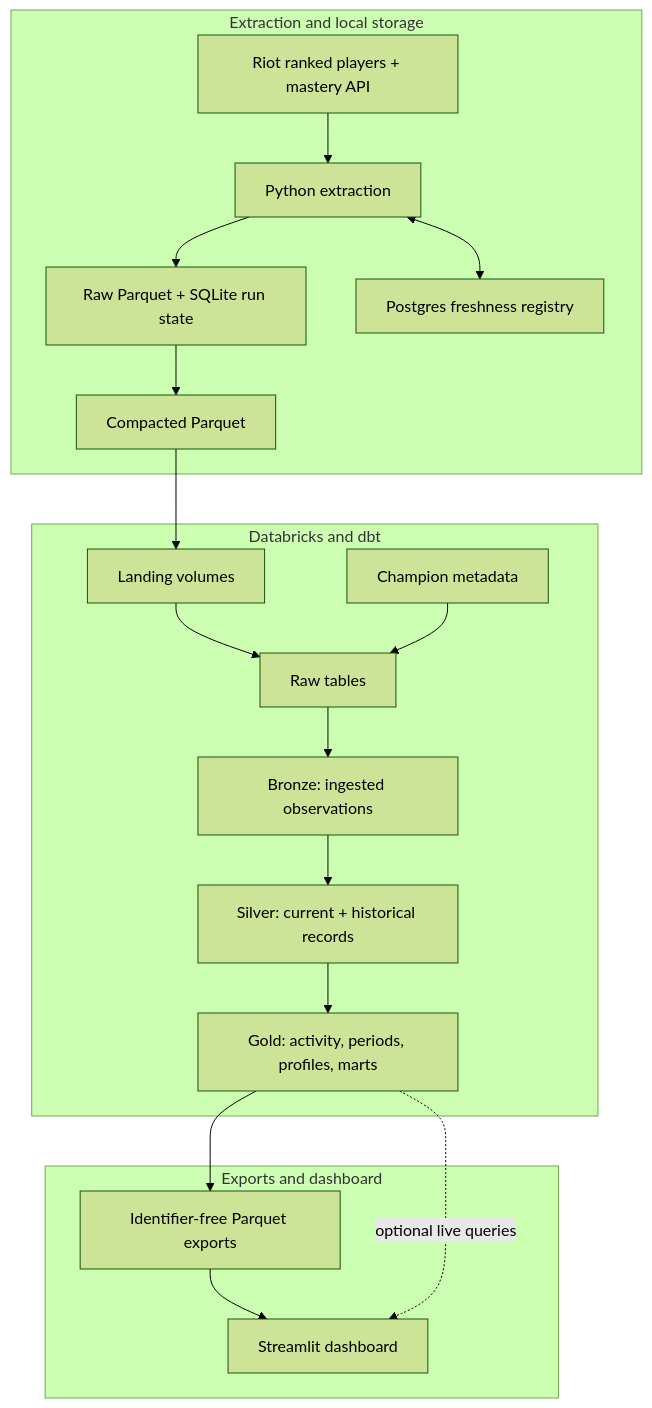
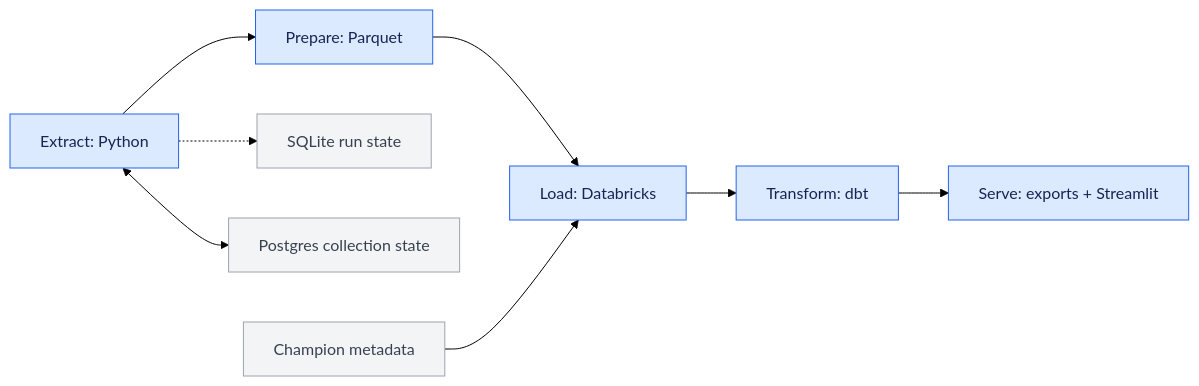
The diagram in README.md (Pedro-Iaki/league-specialization-etl), drawn with Mermaid (forest theme) before and after one commit. The commit also changed other lines of this file and 24 other files, not shown here.

````diff
--- a/README.md
+++ b/README.md
@@ -44,41 +44,23 @@
 ```mermaid
-    flowchart TD
-    subgraph Extraction["Extraction and local storage"]
-        A["Riot ranked players + mastery API"]
-        B["Python extraction"]
-        C["Raw Parquet + SQLite run state"]
-        P["Postgres freshness registry"]
-        D["Compacted Parquet"]
+    flowchart LR
+    A["Extract: Python"]
+    B["Prepare: Parquet"]
+    C["Load: Databricks"]
+    D["Transform: dbt"]
+    E["Serve: exports + Streamlit"]
 
-        A --> B
-        B --> C
-        B <--> P
-        C --> D
-    end
+    A --> B --> C --> D --> E
 
-    subgraph Warehouse["Databricks and dbt"]
-        E["Landing volumes"]
-        F["Champion metadata"]
-        G["Raw tables"]
-        H["Bronze: ingested observations"]
-        I["Silver: current + historical records"]
-        J["Gold: activity, periods, profiles, marts"]
+    S["SQLite run state"]
+    P["Postgres collection state"]
+    M["Champion metadata"]
 
-        E --> G
-        F --> G
-        G --> H
-        H --> I
-        I --> J
-    end
+    A -.-> S
+    A <--> P
+    M --> C
 
-    subgraph Delivery["Exports and dashboard"]
-        K["Identifier-free Parquet exports"]
-        L["Streamlit dashboard"]
-
-        K --> L
-    end
-
-    D --> E
-    J --> K
-    J -. optional live queries .-> L
+    classDef stage fill:#dbeafe,stroke:#2563eb,color:#172554
+    classDef supporting fill:#f3f4f6,stroke:#9ca3af,color:#374151
+    class A,B,C,D,E stage
+    class S,P,M supporting
 ```
````
